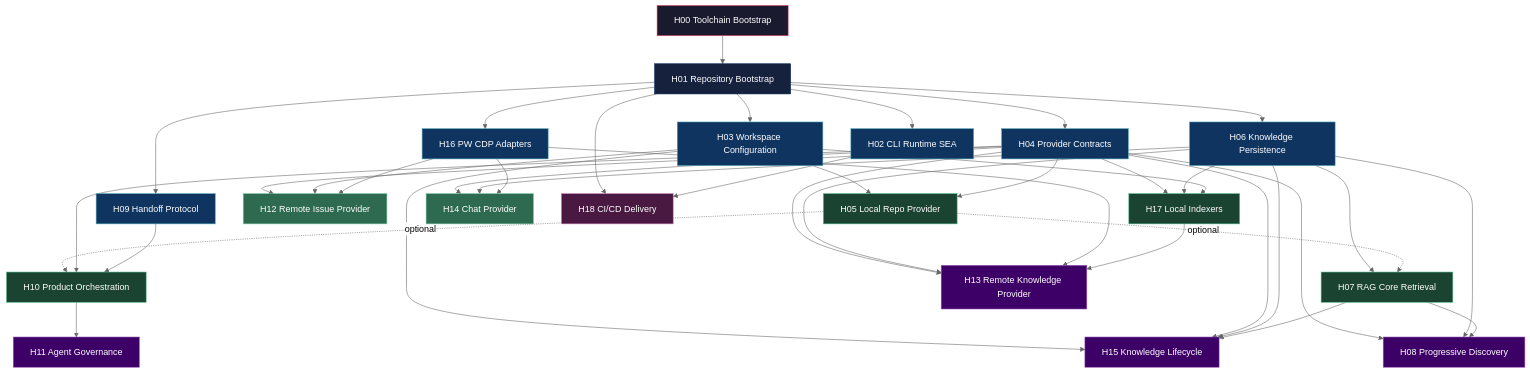
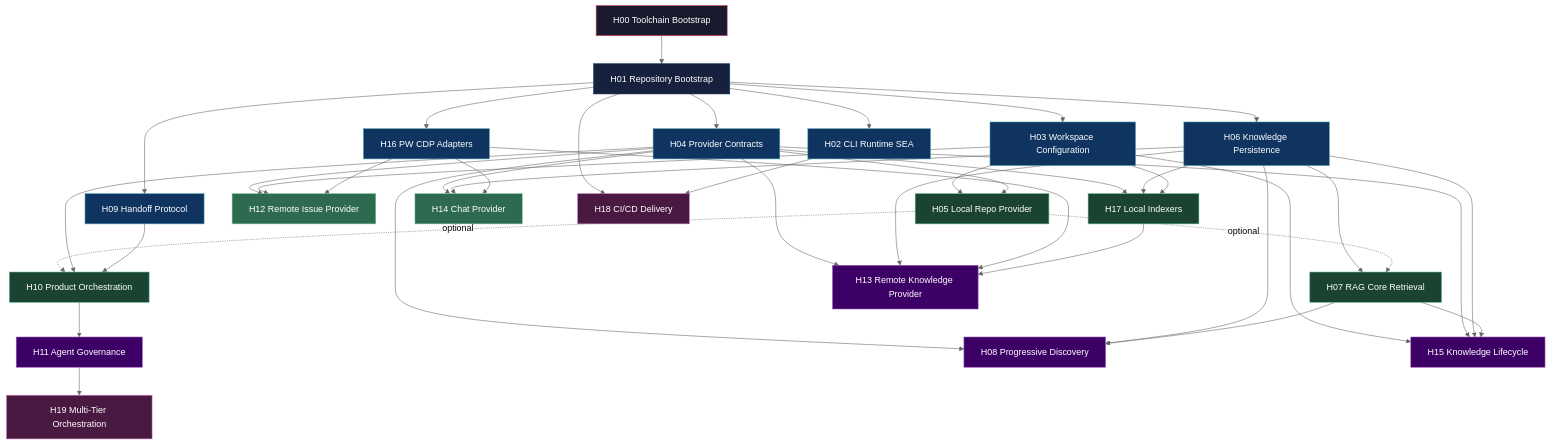
Before and after one commit to virgenherrera/virgil: the first of 2 diagrams in VIRGIL_HANDOFF_SEED.md, drawn with Mermaid (neutral theme). The commit also changed other lines of this file and 59 other files, not shown here.

````diff
--- a/VIRGIL_HANDOFF_SEED.md
+++ b/VIRGIL_HANDOFF_SEED.md
@@ -1275,68 +1275,70 @@
 ```mermaid
 graph TD
     H00[H00 Toolchain Bootstrap] --> H01[H01 Repository Bootstrap]
 
     H01 --> H02[H02 CLI Runtime SEA]
     H01 --> H03[H03 Workspace Configuration]
     H01 --> H04[H04 Provider Contracts]
     H01 --> H06[H06 Knowledge Persistence]
     H01 --> H09[H09 Handoff Protocol]
     H01 --> H16[H16 PW CDP Adapters]
 
     H03 --> H05[H05 Local Repo Provider]
     H04 --> H05
 
     H06 --> H07[H07 RAG Core Retrieval]
     H05 -.->|optional| H07
     H05 -.->|optional| H10
 
     H04 --> H10[H10 Product Orchestration]
     H09 --> H10
 
     H10 --> H11[H11 Agent Governance]
+
+    H11 --> H19[H19 Multi-Tier Orchestration]
 
     H04 --> H08[H08 Progressive Discovery]
     H06 --> H08
     H07 --> H08
 
     H04 --> H12[H12 Remote Issue Provider]
     H03 --> H12
     H16 --> H12
 
     H04 --> H13[H13 Remote Knowledge Provider]
     H06 --> H13
     H16 --> H13
     H17 --> H13
 
     H04 --> H14[H14 Chat Provider]
     H06 --> H14
     H16 --> H14
 
     H03 --> H15[H15 Knowledge Lifecycle]
     H04 --> H15
     H06 --> H15
     H07 --> H15
 
     H04 --> H17[H17 Local Indexers]
     H06 --> H17
     H03 --> H17
 
     H01 --> H18[H18 CI/CD Delivery]
     H02 --> H18
 
     classDef wave0 fill:#1a1a2e,stroke:#e94560,color:#fff
     classDef wave1 fill:#16213e,stroke:#0f3460,color:#fff
     classDef wave2 fill:#0f3460,stroke:#53a8b6,color:#fff
     classDef wave3a fill:#1b4332,stroke:#52b788,color:#fff
     classDef wave3b fill:#2d6a4f,stroke:#74c69d,color:#fff
     classDef wave4 fill:#3d0066,stroke:#9b59b6,color:#fff
     classDef wave5 fill:#4a1942,stroke:#c77dba,color:#fff
 
     class H00 wave0
     class H01 wave1
     class H02,H03,H04,H06,H09,H16 wave2
     class H05,H07,H10,H17 wave3a
     class H12,H14 wave3b
     class H08,H11,H13,H15 wave4
-    class H18 wave5
+    class H18,H19 wave5
 ```
````
